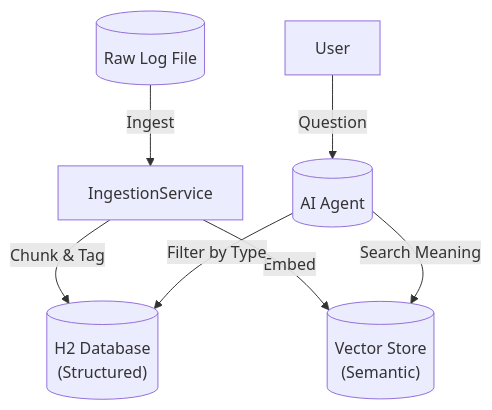
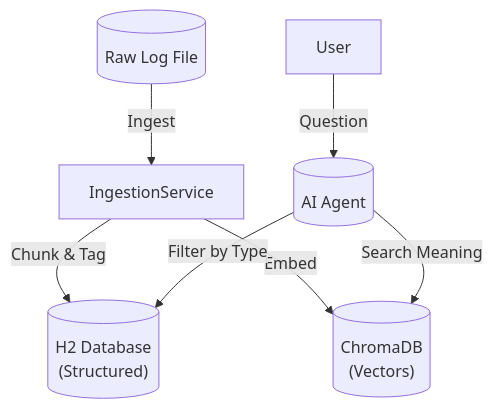
One commit to pkanduri1/log-collector changed the diagram in README.md. Above: the diagram before and after it, drawn with Mermaid. The commit also changed other lines of this file and 3 other files, not shown here.

Commit message:
feat: complete chroma db integration with hybrid architecture

````diff
--- a/README.md
+++ b/README.md
@@ -22,10 +22,10 @@
 ```mermaid
 graph TD
     RawFile[("Raw Log File")] -->|Ingest| IngestionService
     IngestionService -->|Chunk & Tag| DB[("H2 Database\n(Structured)")]
-    IngestionService -->|Embed| Vector[("Vector Store\n(Semantic)")]
+    IngestionService -->|Embed| Vector[("ChromaDB\n(Vectors)")]
     
     User -->|Question| AI[("AI Agent")]
     AI -->|Filter by Type| DB
     AI -->|Search Meaning| Vector
 ```
````
